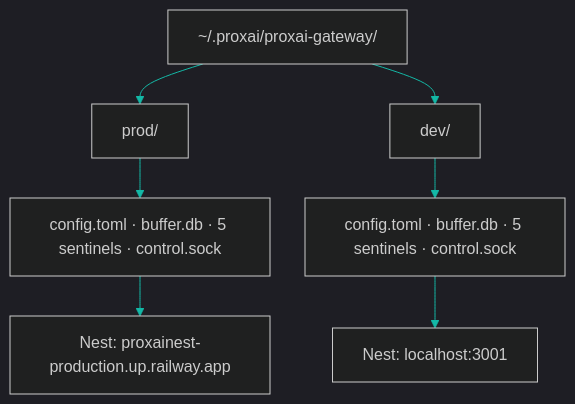
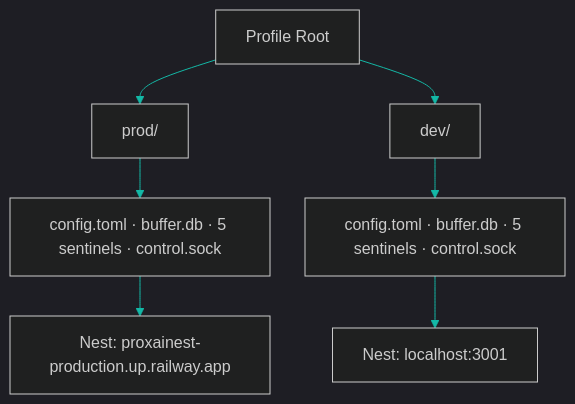
The first of 4 diagrams in docs/06-operations/6.5-dev-mode-and-profiles.md (proxai/proxai_gateway), drawn with Mermaid before and after one commit. The commit also changed other lines of this file and 166 other files, not shown here.

````diff
--- a/docs/06-operations/6.5-dev-mode-and-profiles.md
+++ b/docs/06-operations/6.5-dev-mode-and-profiles.md
@@ -40,26 +41,26 @@
 ```mermaid
 %%{init: {"theme": "dark", "themeVariables": {"primaryColor": "#0a201b", "primaryTextColor": "#ccfbf1", "primaryBorderColor": "#14b8a6", "lineColor": "#14b8a6", "fontFamily": "Inter, sans-serif"}, "flowchart": {"nodeSpacing": 35, "rankSpacing": 40}}}%%
 flowchart TD
-  Root["~/.proxai/proxai-gateway/"]
+  Root["Profile Root"]
   ProdDir["prod/"]
   DevDir["dev/"]
   ProdState["config.toml · buffer.db · 5 sentinels · control.sock"]
   DevState["config.toml · buffer.db · 5 sentinels · control.sock"]
   ProdNest["Nest: proxainest-production.up.railway.app"]
   DevNest["Nest: localhost:3001"]
 
   Root --> ProdDir
   Root --> DevDir
   ProdDir --> ProdState
   DevDir --> DevState
   ProdState --> ProdNest
   DevState --> DevNest
 
   class Root startNode;
   class ProdDir processNode;
   class DevDir actionNode;
   class ProdState processNode;
   class DevState actionNode;
   class ProdNest default;
   class DevNest default;
 ```
````
